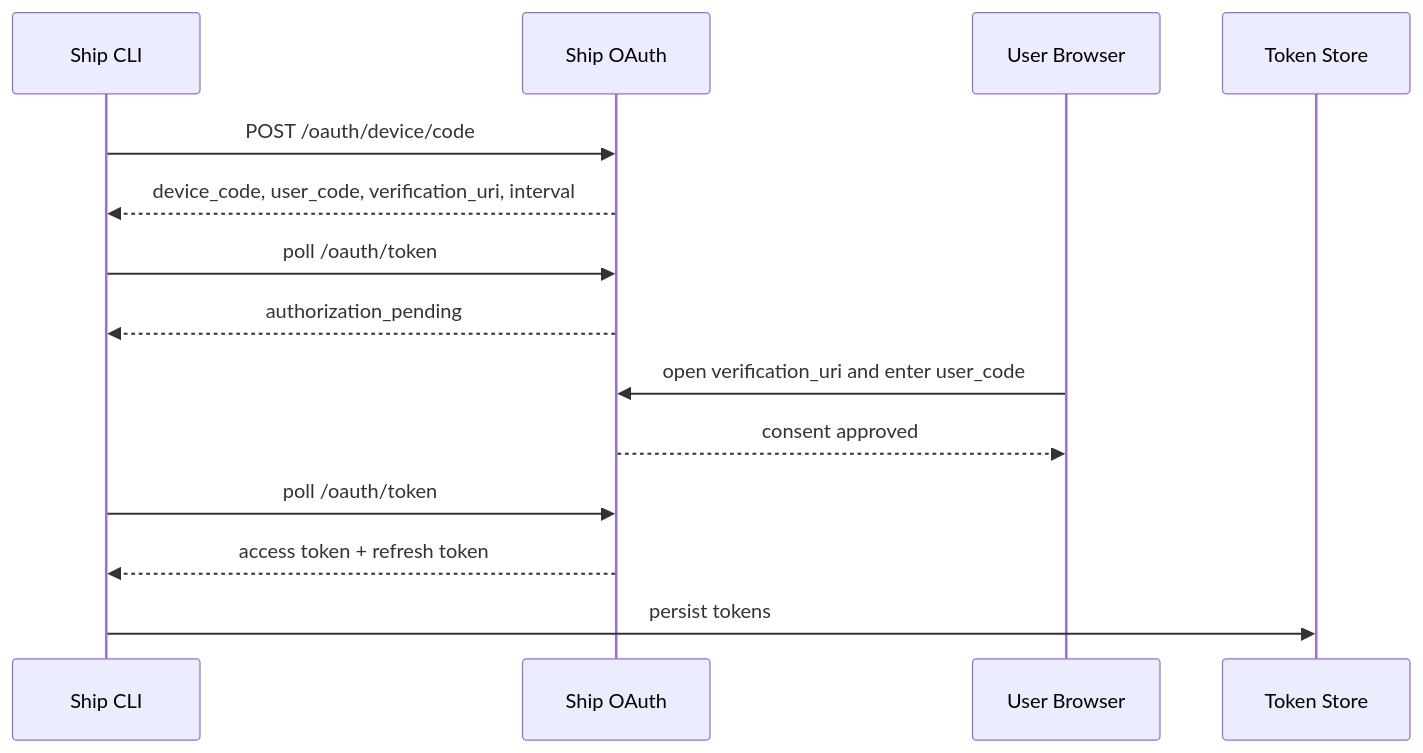
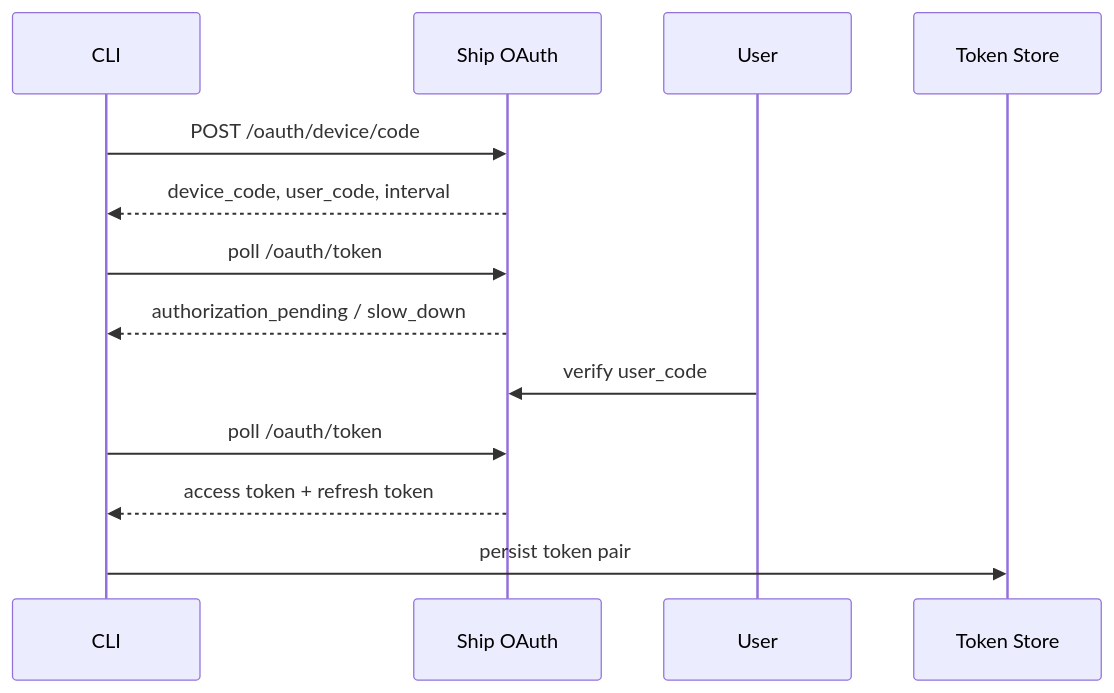
The third of 3 diagrams in docs/architecture.md (tylerxia8/ship), drawn with Mermaid before and after one commit. The commit also changed other lines of this file and 2 other files, not shown here.

Commit message:
Consolidate required Plugforge architecture doc

````diff
--- a/docs/architecture.md
+++ b/docs/architecture.md
@@ -273,17 +140,15 @@
 ```mermaid
 sequenceDiagram
-    participant CLI as Ship CLI
-    participant OAuth as Ship OAuth
-    participant User as User Browser
-    participant Store as Token Store
-
-    CLI->>OAuth: POST /oauth/device/code
-    OAuth-->>CLI: device_code, user_code, verification_uri, interval
-    CLI->>OAuth: poll /oauth/token
-    OAuth-->>CLI: authorization_pending
-    User->>OAuth: open verification_uri and enter user_code
-    OAuth-->>User: consent approved
-    CLI->>OAuth: poll /oauth/token
-    OAuth-->>CLI: access token + refresh token
-    CLI->>Store: persist tokens
+  participant CLI
+  participant OAuth as Ship OAuth
+  participant User
+  participant Store as Token Store
+  CLI->>OAuth: POST /oauth/device/code
+  OAuth-->>CLI: device_code, user_code, interval
+  CLI->>OAuth: poll /oauth/token
+  OAuth-->>CLI: authorization_pending / slow_down
+  User->>OAuth: verify user_code
+  CLI->>OAuth: poll /oauth/token
+  OAuth-->>CLI: access token + refresh token
+  CLI->>Store: persist token pair
 ```
````
